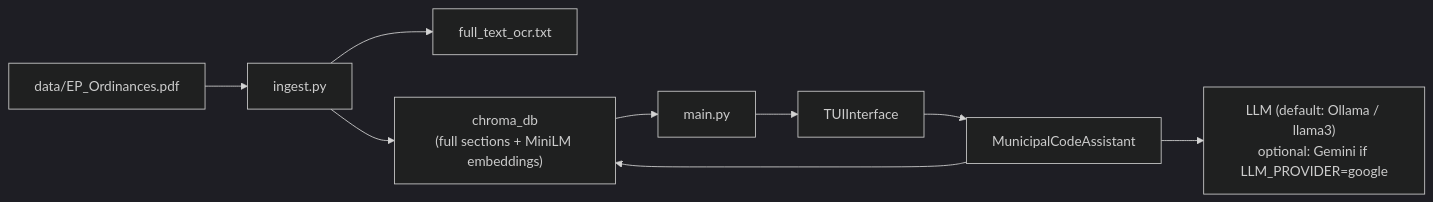
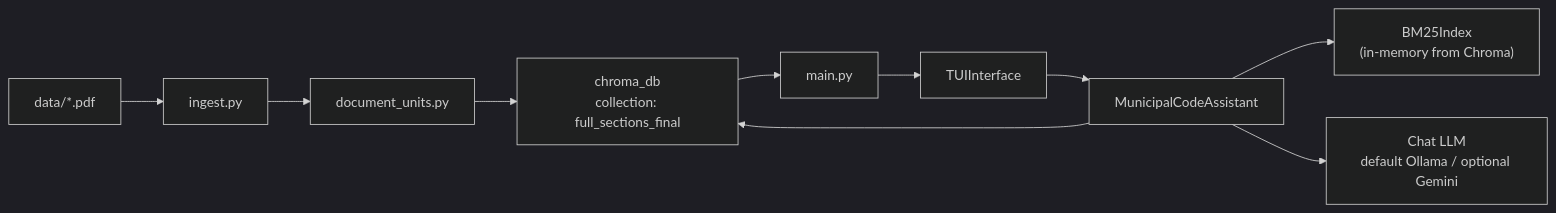
Before and after one commit to TruLie13/El-Paso-AI: the first of 3 diagrams in docs/ARCHITECTURE.md, drawn with Mermaid (dark theme). The commit also changed other lines of this file and 3 other files, not shown here.

Commit message:
Document architecture more accurately and add AWS and cheatsheet guides.

````diff
--- a/docs/ARCHITECTURE.md
+++ b/docs/ARCHITECTURE.md
@@ -16,11 +16,12 @@
 ```mermaid
 flowchart LR
-  PDF["data/EP_Ordinances.pdf"] --> Ingest["ingest.py"]
-  Ingest --> OCRCache["full_text_ocr.txt"]
-  Ingest --> Chroma["chroma_db\n(full sections + MiniLM embeddings)"]
+  PDF["data/*.pdf"] --> Ingest["ingest.py"]
+  Ingest --> Units["document_units.py"]
+  Units --> Chroma["chroma_db\ncollection: full_sections_final"]
   Chroma --> App["main.py"]
   App --> TUI["TUIInterface"]
   TUI --> Asst["MunicipalCodeAssistant"]
   Asst --> Chroma
-  Asst --> LLM["LLM (default: Ollama / llama3)\noptional: Gemini if LLM_PROVIDER=google"]
+  Asst --> BM25["BM25Index\n(in-memory from Chroma)"]
+  Asst --> LLM["Chat LLM\ndefault Ollama / optional Gemini"]
 ```
````
